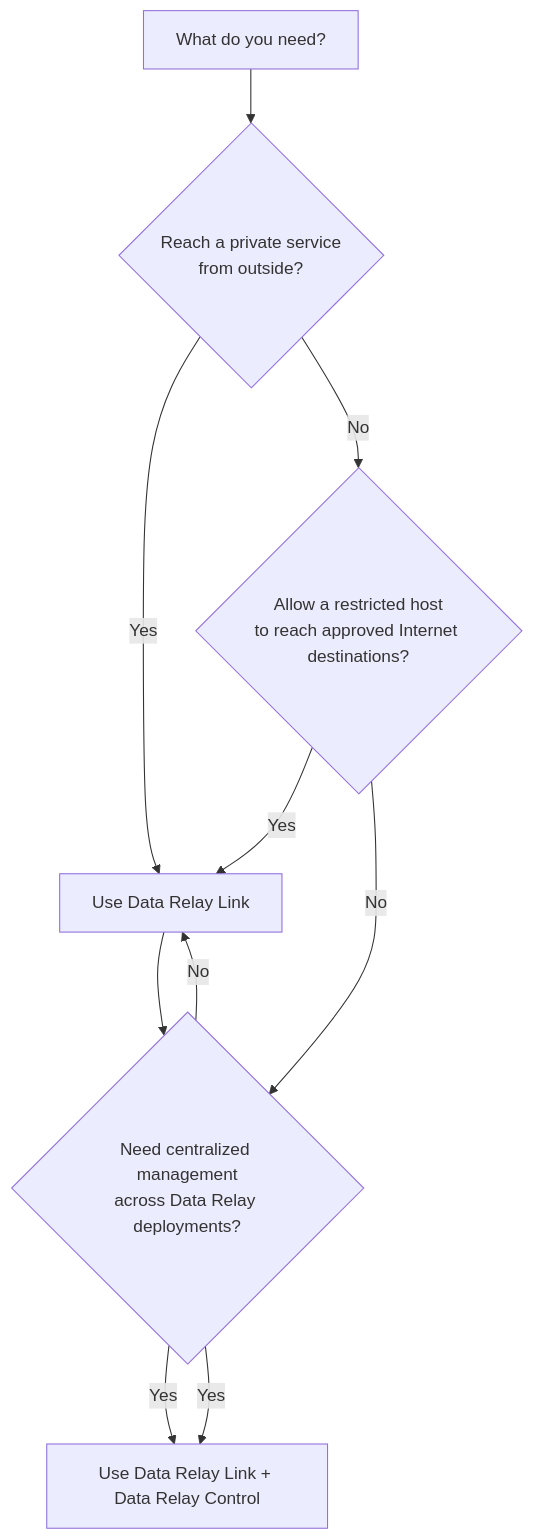
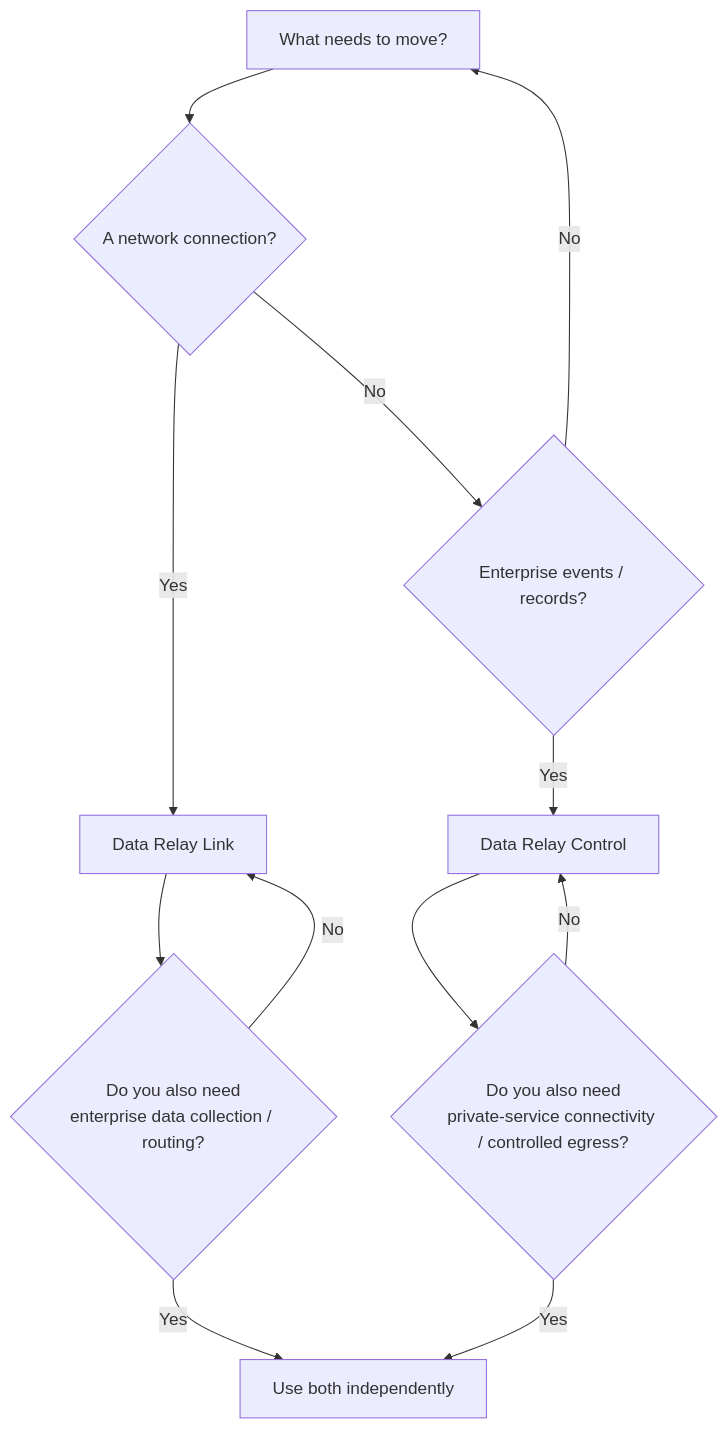
Before and after one commit to datarelay-labs/data-relay-docs: the diagram in getting-started/choose-a-product.mdx, drawn with Mermaid. The commit also changed other lines of this file, not shown here.

Commit message:
docs: choose between connectivity and data control products

````diff
--- a/getting-started/choose-a-product.mdx
+++ b/getting-started/choose-a-product.mdx
@@ -10,19 +10,21 @@
 ```mermaid
 flowchart TD
-    A[What do you need?]
-    B{Reach a private service\nfrom outside?}
-    C{Allow a restricted host\nto reach approved Internet destinations?}
-    D{Need centralized management\nacross Data Relay deployments?}
-    L[Use Data Relay Link]
-    LC[Use Data Relay Link + Data Relay Control]
+    A[What needs to move?]
+    B{A network connection?}
+    C{Enterprise events / records?}
+    L[Data Relay Link]
+    D[Data Relay Control]
+    BOTH[Use both independently]
 
     A --> B
     B -->|Yes| L
     B -->|No| C
-    C -->|Yes| L
-    C -->|No| D
-    D -->|Yes| LC
-    D -->|No| L
-    L --> D
-    D -->|Yes| LC
+    C -->|Yes| D
+    C -->|No| A
+    L --> Q{Do you also need\nenterprise data collection / routing?}
+    Q -->|Yes| BOTH
+    Q -->|No| L
+    D --> R{Do you also need\nprivate-service connectivity / controlled egress?}
+    R -->|Yes| BOTH
+    R -->|No| D
 ```
````
